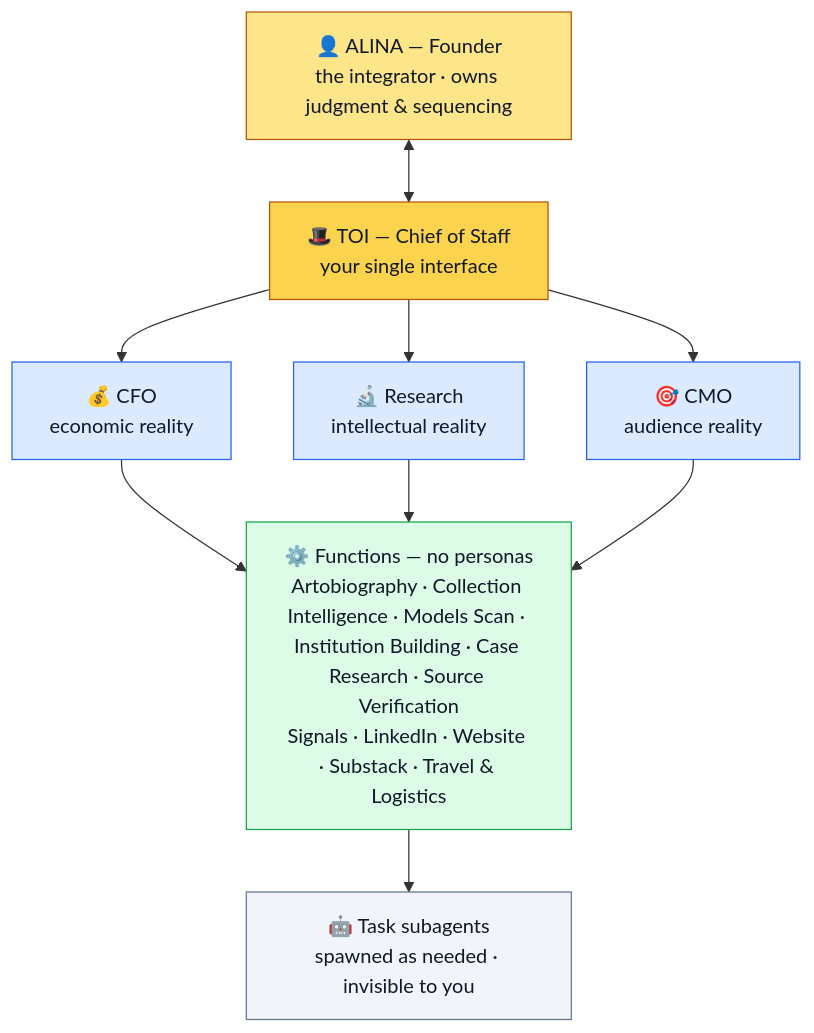
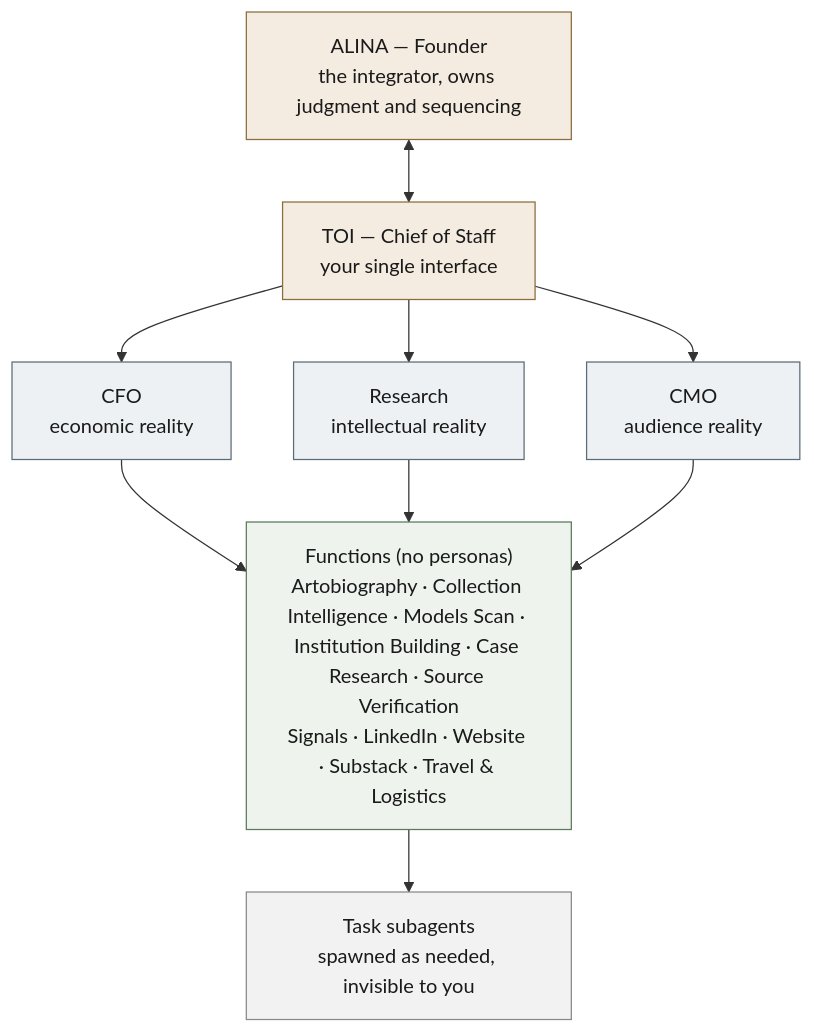
The diagram in company/executive-model.md (alinaokun/nariway-art), drawn with Mermaid before and after one commit. The commit also changed other lines of this file and 6 other files, not shown here.

````diff
--- a/company/executive-model.md
+++ b/company/executive-model.md
@@ -7,30 +7,28 @@
 ```mermaid
 flowchart TD
-    A["👤 ALINA — Founder<br/>the integrator · owns judgment & sequencing"]
-    ALF["🎩 TOI — Chief of Staff<br/>your single interface"]
-    CFO["💰 CFO<br/>economic reality"]
-    RES["🔬 Research<br/>intellectual reality"]
-    CMO["🎯 CMO<br/>audience reality"]
-    FUN["⚙️ Functions — no personas<br/>Artobiography · Collection Intelligence · Models Scan · Institution Building · Case Research · Source Verification<br/>Signals · LinkedIn · Website · Substack · Travel & Logistics"]
-    SUB["🤖 Task subagents<br/>spawned as needed · invisible to you"]
+    A["ALINA — Founder<br/>the integrator, owns judgment and sequencing"]
+    TOI["TOI — Chief of Staff<br/>your single interface"]
+    CFO["CFO<br/>economic reality"]
+    RES["Research<br/>intellectual reality"]
+    CMO["CMO<br/>audience reality"]
+    FUN["Functions (no personas)<br/>Artobiography · Collection Intelligence · Models Scan · Institution Building · Case Research · Source Verification<br/>Signals · LinkedIn · Website · Substack · Travel & Logistics"]
+    SUB["Task subagents<br/>spawned as needed, invisible to you"]
 
-    A <--> ALF
-    ALF --> CFO
-    ALF --> RES
-    ALF --> CMO
+    A <--> TOI
+    TOI --> CFO
+    TOI --> RES
+    TOI --> CMO
     CFO --> FUN
     RES --> FUN
     CMO --> FUN
     FUN --> SUB
 
-    classDef founder fill:#fde68a,stroke:#b45309,color:#111827;
-    classDef cos fill:#fcd34d,stroke:#b45309,color:#111827;
-    classDef lens fill:#dbeafe,stroke:#2563eb,color:#111827;
-    classDef fun fill:#dcfce7,stroke:#16a34a,color:#111827;
-    classDef sub fill:#f1f5f9,stroke:#64748b,color:#111827;
-    class A founder;
-    class ALF cos;
+    classDef founder fill:#f4ece0,stroke:#8a6d3b,color:#1a1a1a;
+    classDef lens fill:#eef1f4,stroke:#5b6b7a,color:#1a1a1a;
+    classDef fun fill:#eef3ee,stroke:#5a7a5a,color:#1a1a1a;
+    classDef sub fill:#f2f2f2,stroke:#888,color:#1a1a1a;
+    class A,TOI founder;
     class CFO,RES,CMO lens;
     class FUN fun;
     class SUB sub;
 ```
````
